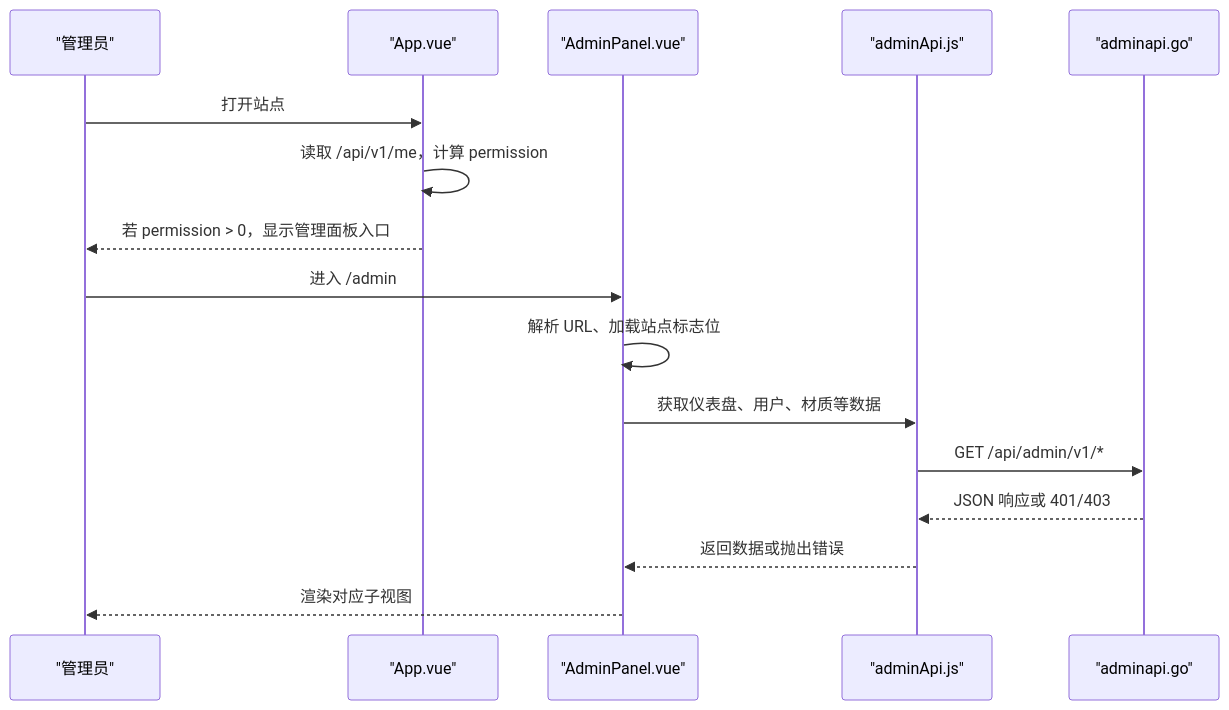
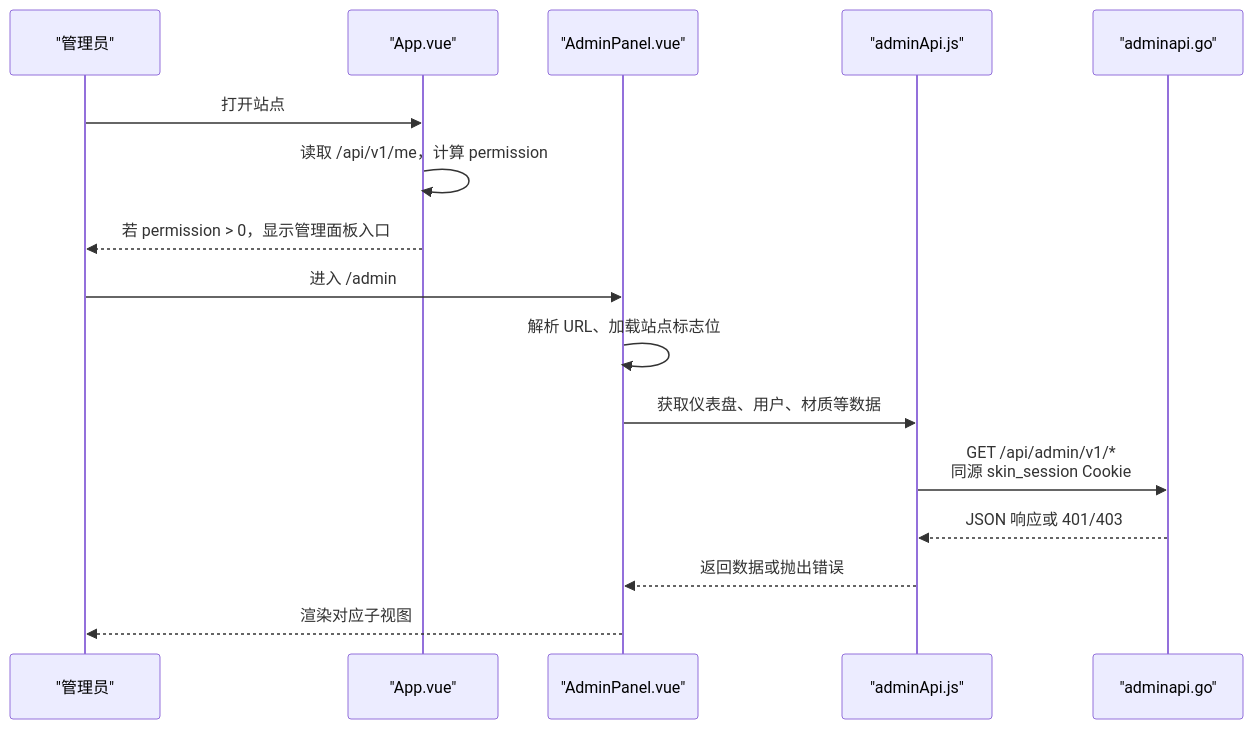
The second of 6 diagrams in docs/handbook/面板概览与导航.md (YimingZhanshen/skin-nexus), drawn with Mermaid before and after one commit. The commit also changed other lines of this file and 24 other files, not shown here.

````diff
--- a/docs/handbook/面板概览与导航.md
+++ b/docs/handbook/面板概览与导航.md
@@ -77,19 +77,19 @@
 ```mermaid
 sequenceDiagram
     participant User as "管理员"
     participant App as "App.vue"
     participant Panel as "AdminPanel.vue"
     participant Api as "adminApi.js"
     participant Server as "adminapi.go"
 
     User->>App: 打开站点
     App->>App: 读取 /api/v1/me，计算 permission
     App-->>User: 若 permission > 0，显示管理面板入口
     User->>Panel: 进入 /admin
     Panel->>Panel: 解析 URL、加载站点标志位
     Panel->>Api: 获取仪表盘、用户、材质等数据
-    Api->>Server: GET /api/admin/v1/*
+    Api->>Server: GET /api/admin/v1/*<br/>同源 skin_session Cookie
     Server-->>Api: JSON 响应或 401/403
     Api-->>Panel: 返回数据或抛出错误
     Panel-->>User: 渲染对应子视图
 ```
````
